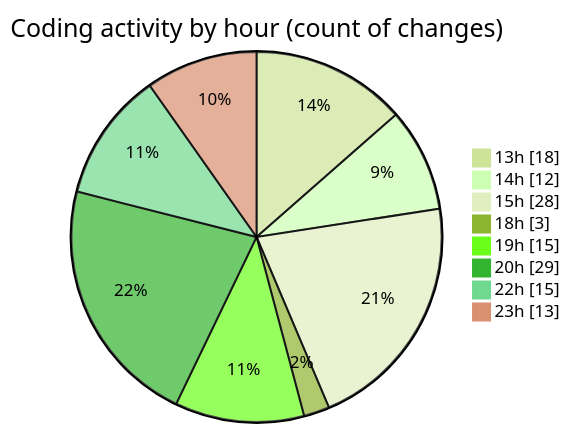
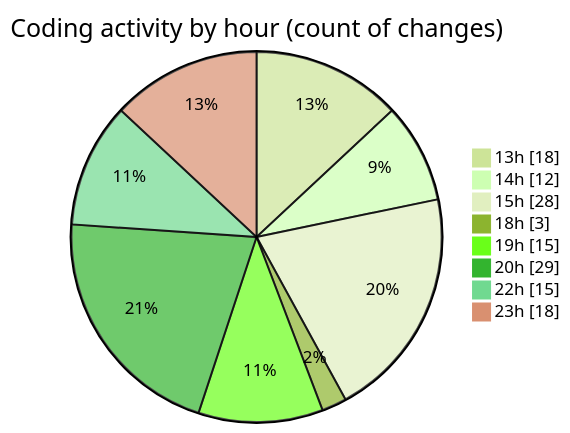
One commit to idhammustaqopulfikri/code-tracking changed the second of 2 diagrams in 2025-06-16/studio-backend/README.md. Above: the diagram before and after it, drawn with Mermaid (forest theme). The commit also changed other lines of this file and 1 other file, not shown here.

````diff
--- a/2025-06-16/studio-backend/README.md
+++ b/2025-06-16/studio-backend/README.md
@@ -46,12 +46,12 @@
 ```mermaid
 pie showData
 title Coding activity by hour (count of changes)
 "13h" : 18
 "14h" : 12
 "15h" : 28
 "18h" : 3
 "19h" : 15
 "20h" : 29
 "22h" : 15
-"23h" : 13
+"23h" : 18
 ```
````
